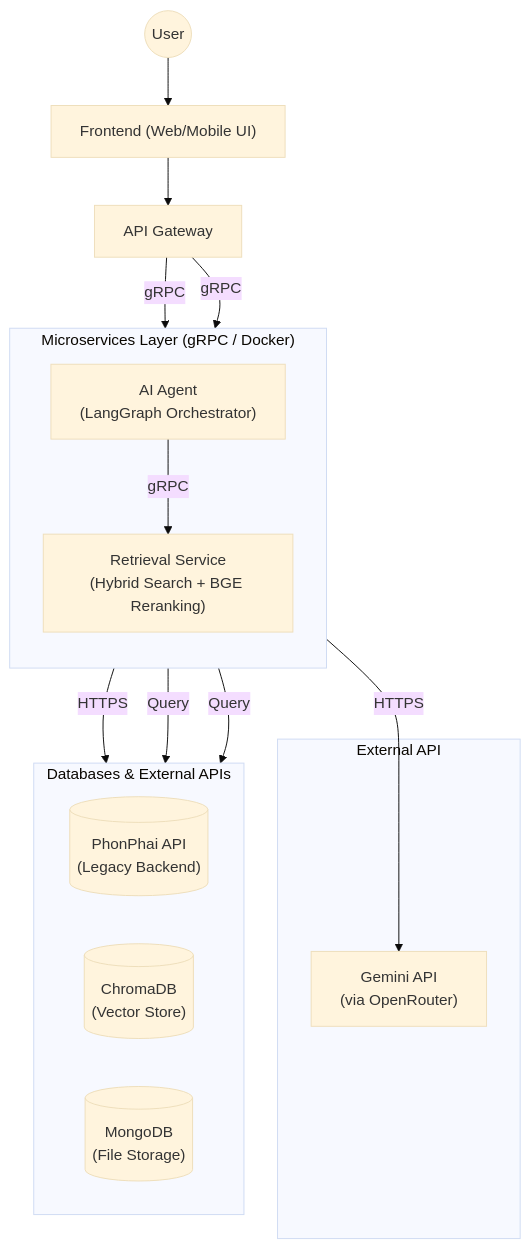
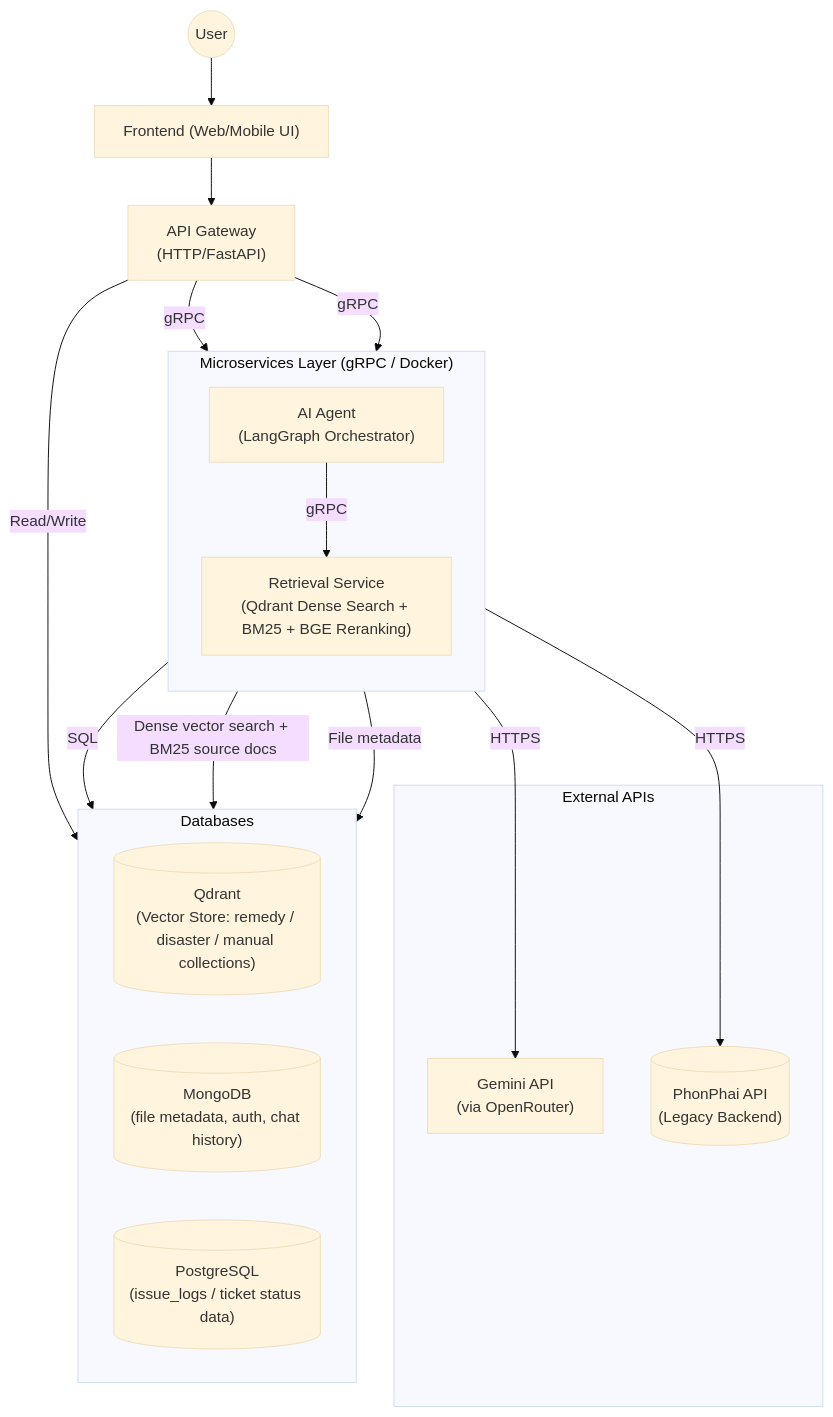
The diagram in diagram/SystemArchitecture_corrected.mmd (Alarm24/PhonphaiChatbot), drawn with Mermaid (base theme) before and after one commit. The commit also changed other lines of this file and 20 other files, not shown here.

Commit message:
[ADD]updateDiagram

```diff
--- a/diagram/SystemArchitecture_corrected.mmd
+++ b/diagram/SystemArchitecture_corrected.mmd
@@ -1,33 +1,36 @@
-
 flowchart TD
     User(("User"))
+
     Frontend["Frontend (Web/Mobile UI)"]
-    ApiGateway["API Gateway"]
+    ApiGateway["API Gateway<br/>(HTTP/FastAPI)"]
 
     subgraph Microservices["Microservices Layer (gRPC / Docker)"]
         direction TB
         ChatSvc["AI Agent<br/>(LangGraph Orchestrator)"]
-        Retrieval["Retrieval Service<br/>(Hybrid Search + BGE Reranking)"]
+        Retrieval["Retrieval Service<br/>(Qdrant Dense Search + BM25 + BGE Reranking)"]
         ChatSvc -- "gRPC" --> Retrieval
     end
 
-    subgraph External["External API"]
+    subgraph External["External APIs"]
         GeminiAPI["Gemini API<br/>(via OpenRouter)"]
+        Legacy[("PhonPhai API<br/>(Legacy Backend)")]
     end
 
-    subgraph DBs["Databases & External APIs"]
+    subgraph DBs["Databases"]
         direction LR
-        Legacy[("PhonPhai API<br/>(Legacy Backend)")]
-        Chroma[("ChromaDB<br/>(Vector Store)")]
-        Mongo[("MongoDB<br/>(File Storage)")]
+        Qdrant[("Qdrant<br/>(Vector Store: remedy / disaster / manual collections)")]
+        Mongo[("MongoDB<br/>(file metadata, auth, chat history)")]
+        Postgres[("PostgreSQL<br/>(issue_logs / ticket status data)")]
     end
 
     User --> Frontend
     Frontend --> ApiGateway
     ApiGateway -- "gRPC" --> ChatSvc
     ApiGateway -- "gRPC" --> Retrieval
+    ApiGateway -- "Read/Write" --> Mongo
 
     ChatSvc -- "HTTPS" --> GeminiAPI
     ChatSvc -- "HTTPS" --> Legacy
-    Retrieval -- "Query" --> Chroma
-    Retrieval -- "Query" --> Mongo
+    ChatSvc -- "SQL" --> Postgres
+    Retrieval -- "Dense vector search + BM25 source docs" --> Qdrant
+    Retrieval -- "File metadata" --> Mongo
```
